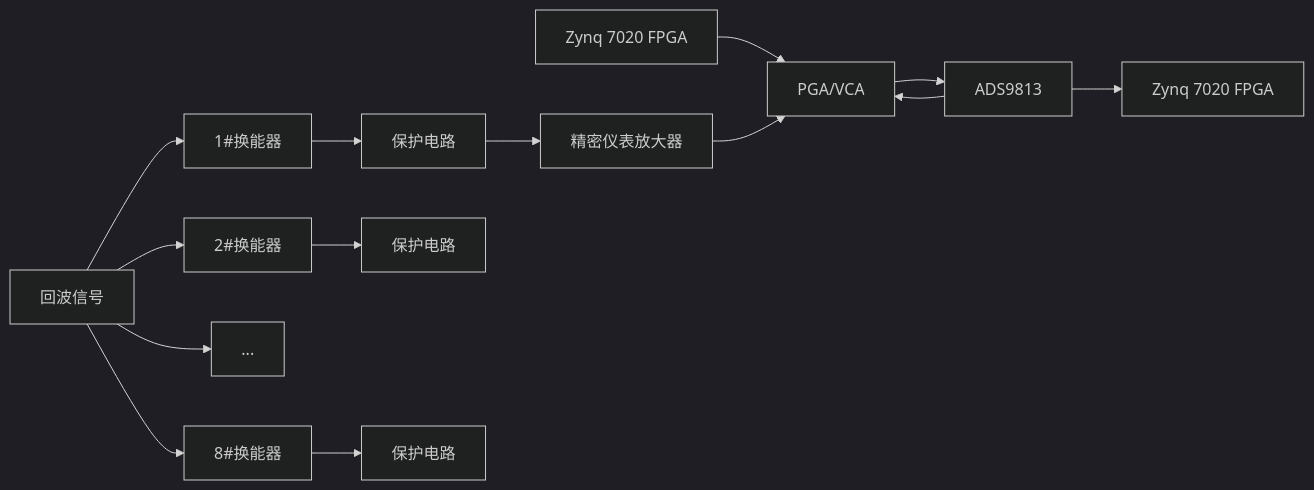
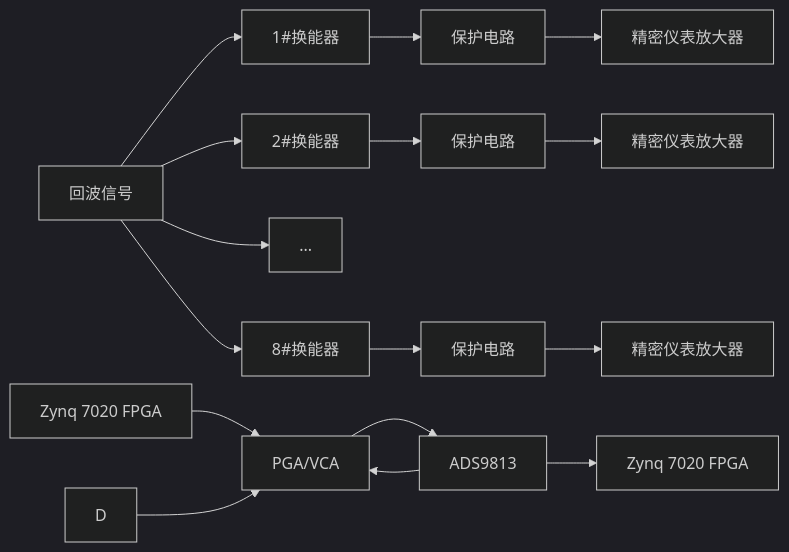
Before and after one commit to Rukawa15/iodraw-files: the diagram in all/多通道同步采集-1.md, drawn with Mermaid (dark theme).

Commit message:
2025-06-19 14:10:29 update

````diff
--- a/all/多通道同步采集-1.md
+++ b/all/多通道同步采集-1.md
@@ -1,18 +1,20 @@
 ```mermaid
 graph LR
 A[回波信号]
 A --> B1[1#换能器]
 A --> B2[2#换能器]
 A --> ...
 A --> B8[8#换能器]
 B1 --> C1[保护电路]
 B2 --> C2[保护电路]
 B8 --> C8[保护电路]
 H[Zynq 7020 FPGA] --> E
-C1 --> D[精密仪表放大器]
+C1 --> D1[精密仪表放大器]
+C2 --> D2[精密仪表放大器] 
+C8 --> D8[精密仪表放大器] 
 D --> E[PGA/VCA] 
 E --> F[ADS9813] 
 F --> G[Zynq 7020 FPGA]
 F --> E
 
 ```
````
